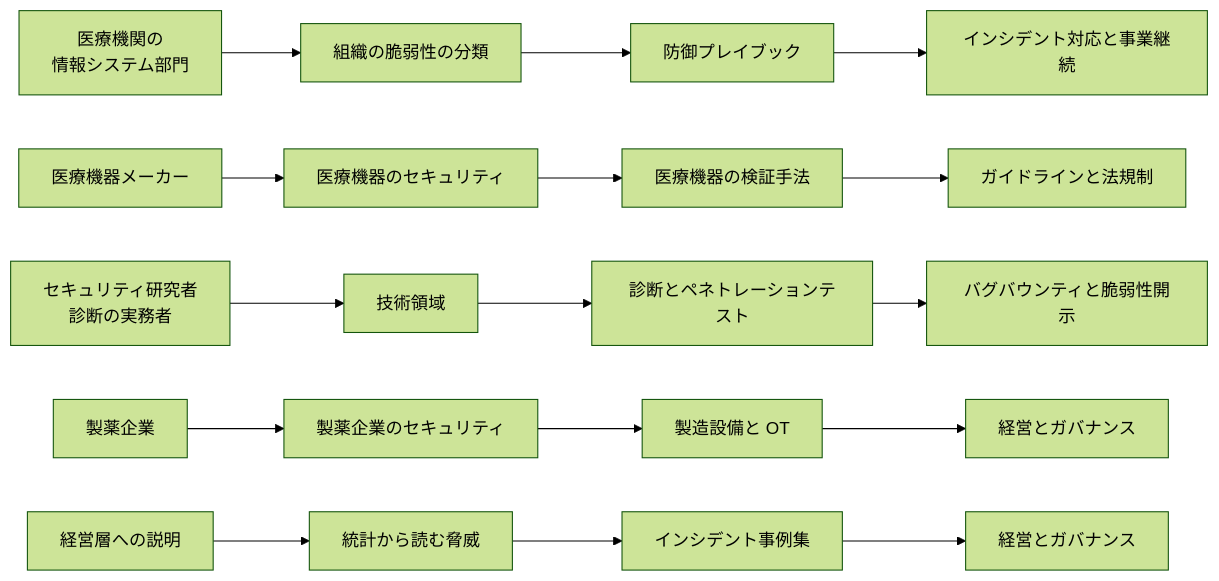
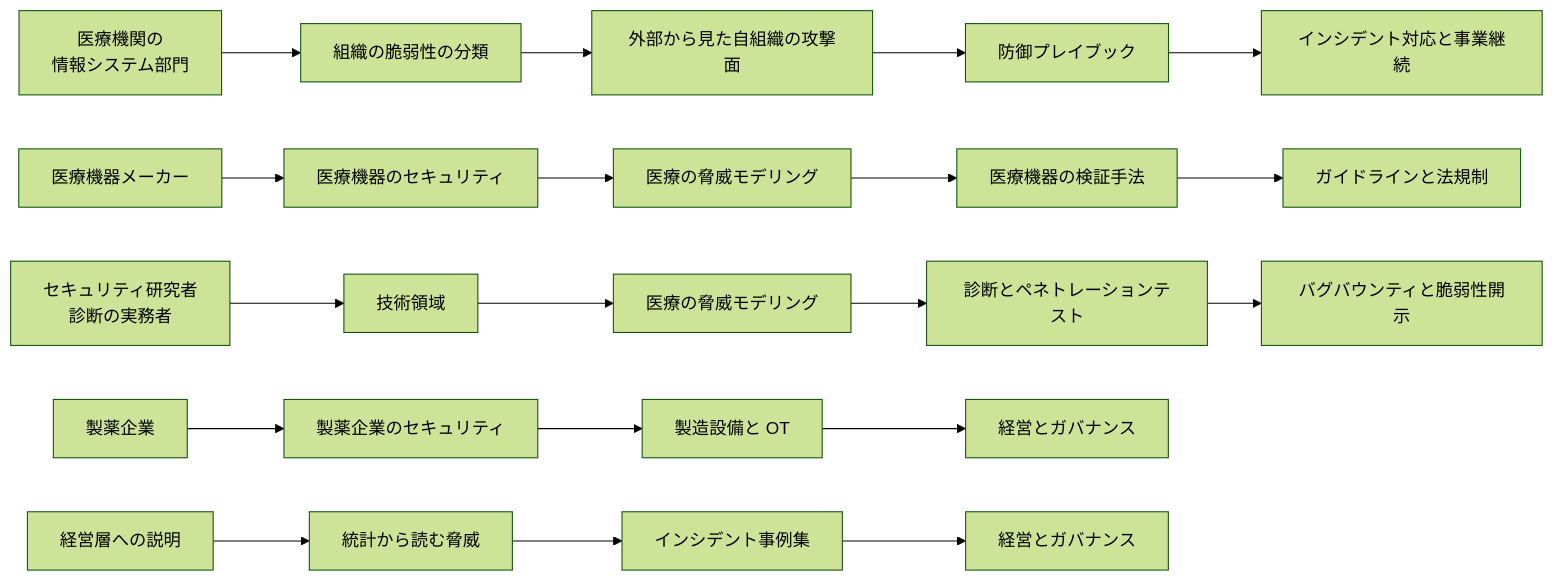
The diagram in README.md (scgajge12/awesome-healthcare-security), drawn with Mermaid (forest theme) before and after one commit. The commit also changed other lines of this file and 2 other files, not shown here.

````diff
--- a/README.md
+++ b/README.md
@@ -166,8 +185,8 @@
 ```mermaid
 flowchart LR
-    R1["医療機関の<br>情報システム部門"] --> A1["組織の脆弱性の分類"] --> A2["防御プレイブック"] --> A3["インシデント対応と事業継続"]
-    R2["医療機器メーカー"] --> B1["医療機器のセキュリティ"] --> B2["医療機器の検証手法"] --> B3["ガイドラインと法規制"]
-    R3["セキュリティ研究者<br>診断の実務者"] --> C1["技術領域"] --> C2["診断とペネトレーションテスト"] --> C3["バグバウンティと脆弱性開示"]
+    R1["医療機関の<br>情報システム部門"] --> A1["組織の脆弱性の分類"] --> A0["外部から見た自組織の攻撃面"] --> A2["防御プレイブック"] --> A3["インシデント対応と事業継続"]
+    R2["医療機器メーカー"] --> B1["医療機器のセキュリティ"] --> B0["医療の脅威モデリング"] --> B2["医療機器の検証手法"] --> B3["ガイドラインと法規制"]
+    R3["セキュリティ研究者<br>診断の実務者"] --> C1["技術領域"] --> C0["医療の脅威モデリング"] --> C2["診断とペネトレーションテスト"] --> C3["バグバウンティと脆弱性開示"]
     R4["製薬企業"] --> D1["製薬企業のセキュリティ"] --> D2["製造設備と OT"] --> D3["経営とガバナンス"]
     R5["経営層への説明"] --> E1["統計から読む脅威"] --> E2["インシデント事例集"] --> E3["経営とガバナンス"]
 ```
````
